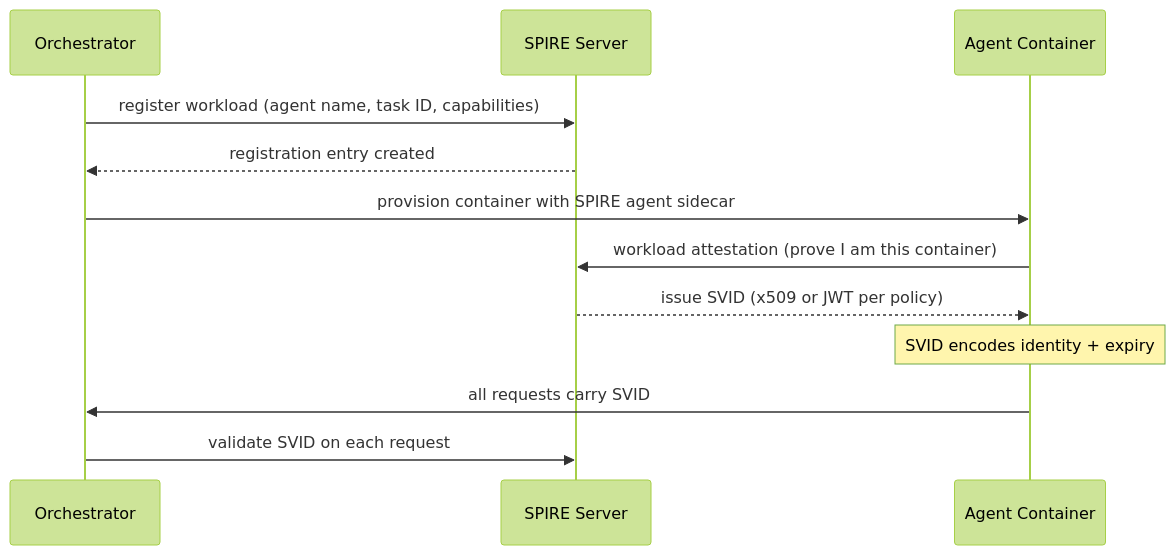
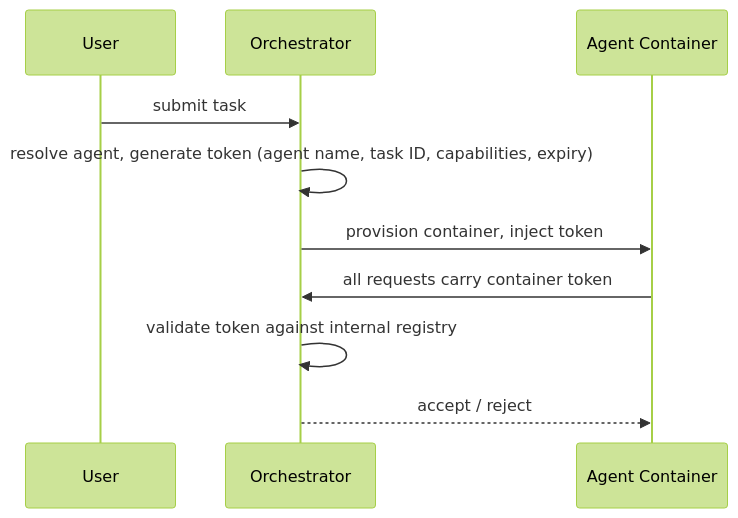
The third of 6 diagrams in docs/persona_agentic/PHASE_2/arch-identity-and-trust.md (neverprepared/ink-bunny), drawn with Mermaid (forest theme) before and after one commit. The commit also changed other lines of this file and 17 other files, not shown here.

First line of the commit message:
docs: move agent identity (container tokens) from Phase 1 to Phase 2, push SPIRE to Phase 3

````diff
--- a/docs/persona_agentic/PHASE_2/arch-identity-and-trust.md
+++ b/docs/persona_agentic/PHASE_2/arch-identity-and-trust.md
@@ -87,15 +82,13 @@
 ```mermaid
 sequenceDiagram
+    participant User as User
     participant Orch as Orchestrator
-    participant SPIRE as SPIRE Server
-    participant Agent as Agent Container
+    participant Container as Agent Container
 
-    Orch->>SPIRE: register workload (agent name, task ID, capabilities)
-    SPIRE-->>Orch: registration entry created
-    Orch->>Agent: provision container with SPIRE agent sidecar
-    Agent->>SPIRE: workload attestation (prove I am this container)
-    SPIRE-->>Agent: issue SVID (x509 or JWT per policy)
-    Note over Agent: SVID encodes identity + expiry
-    Agent->>Orch: all requests carry SVID
-    Orch->>SPIRE: validate SVID on each request
+    User->>Orch: submit task
+    Orch->>Orch: resolve agent, generate token (agent name, task ID, capabilities, expiry)
+    Orch->>Container: provision container, inject token
+    Container->>Orch: all requests carry container token
+    Orch->>Orch: validate token against internal registry
+    Orch-->>Container: accept / reject
 ```
````
